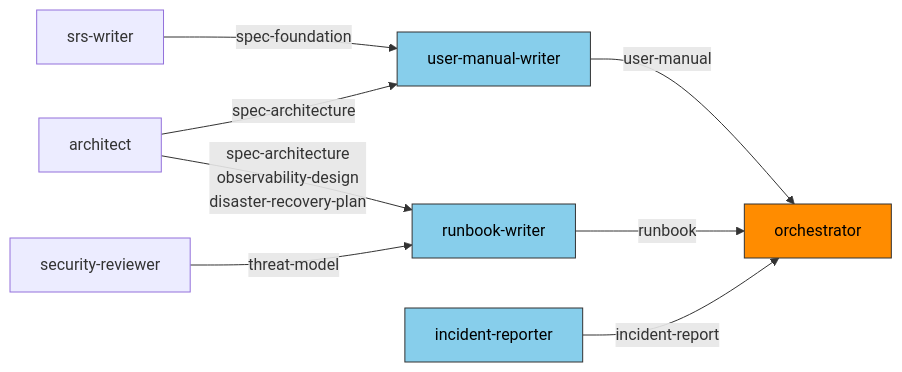
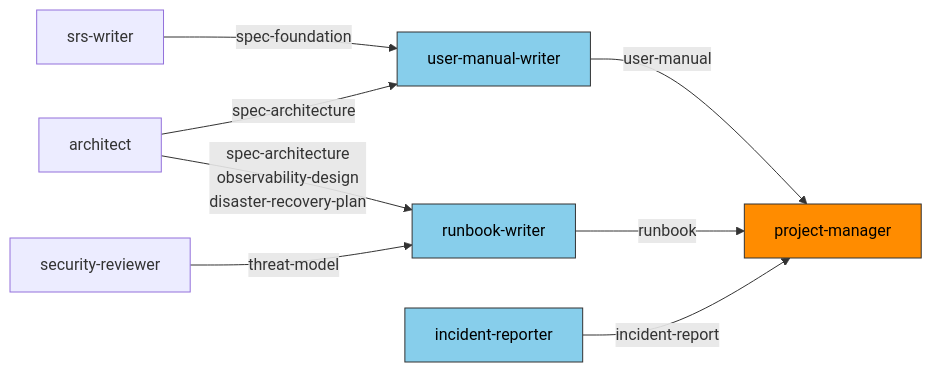
The third of 4 diagrams in framework-src/en/process-rules/agent-list.md (GoodRelax/gr-sw-maker), drawn with Mermaid before and after one commit. The commit also changed other lines of this file and 73 other files, not shown here.

````diff
--- a/framework-src/en/process-rules/agent-list.md
+++ b/framework-src/en/process-rules/agent-list.md
@@ -338,15 +338,15 @@
 ```mermaid
 flowchart LR
     SRS["srs-writer"] -->|"spec-foundation"| UMW
     Arch["architect"] -->|"spec-architecture"| UMW
     Arch -->|"spec-architecture<br/>observability-design<br/>disaster-recovery-plan"| RBW
     Sec["security-reviewer"] -->|"threat-model"| RBW
-    UMW["user-manual-writer"] -->|"user-manual"| Orch["orchestrator"]
+    UMW["user-manual-writer"] -->|"user-manual"| Orch["project-manager"]
     RBW["runbook-writer"] -->|"runbook"| Orch
     IR["incident-reporter"] -->|"incident-report"| Orch
 
     style UMW fill:#87CEEB,stroke:#333,color:#000
     style RBW fill:#87CEEB,stroke:#333,color:#000
     style IR fill:#87CEEB,stroke:#333,color:#000
     style Orch fill:#FF8C00,stroke:#333,color:#000
 ```
````
